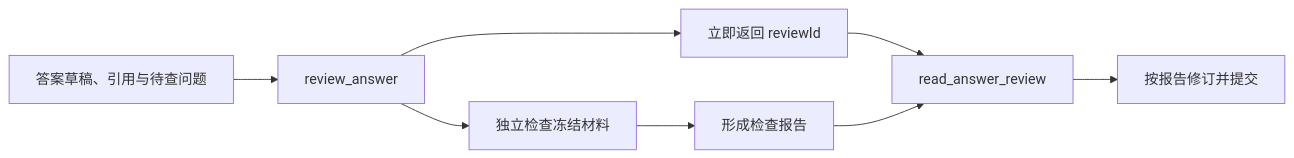
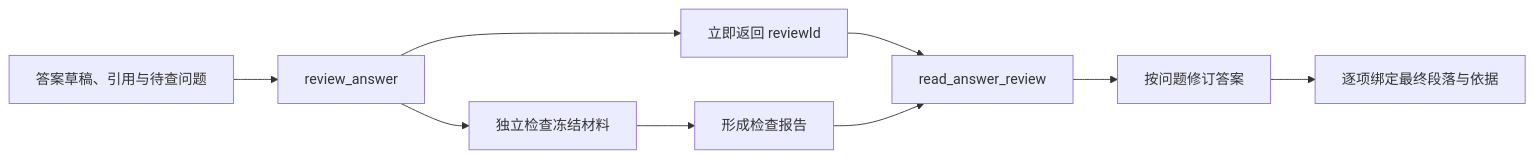
The diagram in .repo-review/knowledge/articles/d69c6479025bcf0d552473d59f1c5ee1fe633a5939d171ea8a8c9ece1f2408fc.md (lejunyang/omem), drawn with Mermaid before and after one commit. The commit also changed other lines of this file and 23 other files, not shown here.

````diff
--- a/.repo-review/knowledge/articles/d69c6479025bcf0d552473d59f1c5ee1fe633a5939d171ea8a8c9ece1f2408fc.md
+++ b/.repo-review/knowledge/articles/d69c6479025bcf0d552473d59f1c5ee1fe633a5939d171ea8a8c9ece1f2408fc.md
@@ -23,10 +25,11 @@
 ```mermaid
 flowchart LR
   A[答案草稿、引用与待查问题] --> B[review_answer]
   B --> C[立即返回 reviewId]
   B --> D[独立检查冻结材料]
   D --> E[形成检查报告]
   C --> F[read_answer_review]
   E --> F
-  F --> G[按报告修订并提交]
+  F --> G[按问题修订答案]
+  G --> H[逐项绑定最终段落与依据]
 ```
````
